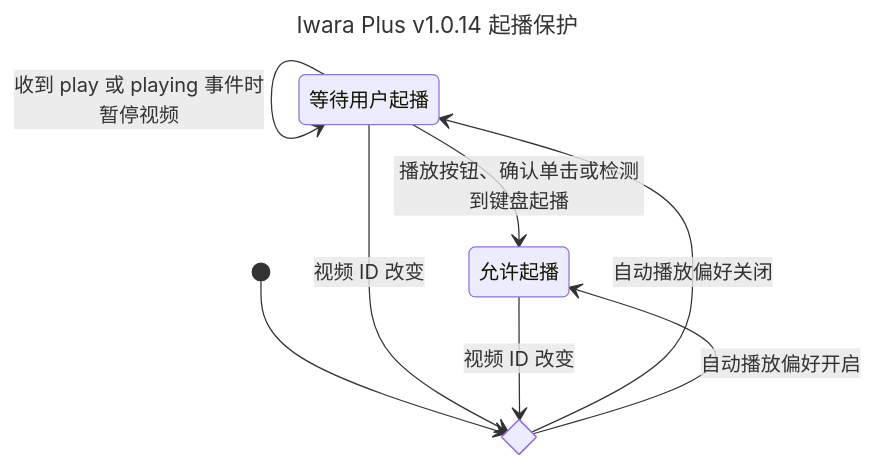
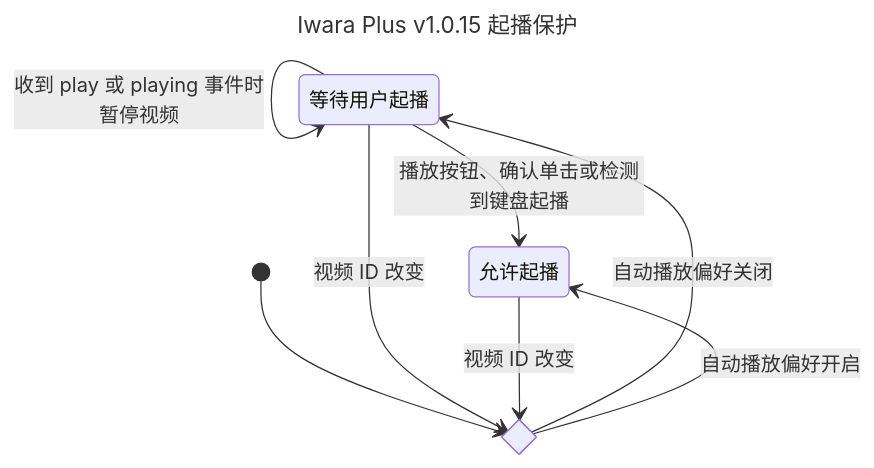
Before and after one commit to lhYanghc/iwara-plus: the third of 6 diagrams in docs/architecture.zh-CN.md, drawn with Mermaid. The commit also changed other lines of this file and 7 other files, not shown here.

````diff
--- a/docs/architecture.zh-CN.md
+++ b/docs/architecture.zh-CN.md
@@ -103,16 +106,16 @@
 ```mermaid
 ---
-title: Iwara Plus v1.0.14 起播保护
+title: Iwara Plus v1.0.15 起播保护
 ---
 stateDiagram-v2
     state "等待用户起播" as Guarded
     state "允许起播" as Allowed
     state Choice <<choice>>
     [*] --> Choice
     Choice --> Guarded : 自动播放偏好关闭
     Choice --> Allowed : 自动播放偏好开启
     Guarded --> Guarded : 收到 play 或 playing 事件时暂停视频
     Guarded --> Allowed : 播放按钮、确认单击或检测到键盘起播
     Guarded --> Choice : 视频 ID 改变
     Allowed --> Choice : 视频 ID 改变
 ```
````
